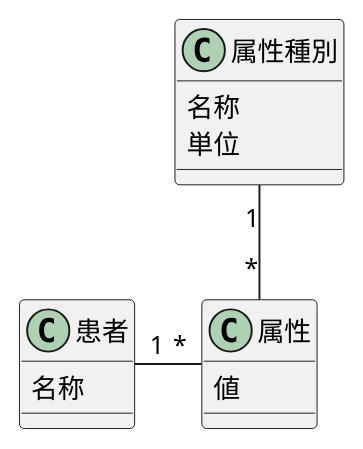
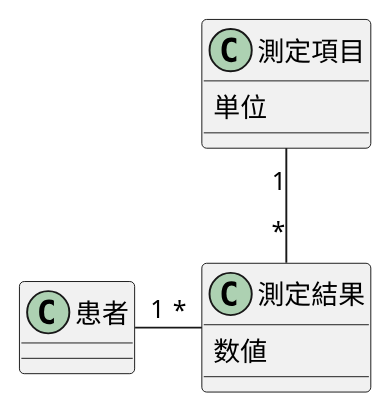
One commit to yinm/uml-modeling-lesson changed the diagram in ch10/excercise/10-1.puml. Above: the diagram before and after it, drawn with PlantUML. The commit also changed 2 other files, not shown here.

```diff
--- a/ch10/excercise/10-1.puml
+++ b/ch10/excercise/10-1.puml
@@ -1,19 +1,16 @@
 @startuml
 
-class 患者 {
-  名称
+class 患者
+
+class 測定結果 {
+  数値
 }
 
-class 属性種別 {
-  名称
+class 測定項目 {
   単位
 }
 
-class 属性 {
-  値
-}
-
-属性種別 "1"--"*" 属性
-患者 "1"-r-"*" 属性
+患者 "1"-r-"*" 測定結果
+測定結果 "*"-u-"1" 測定項目
 
 @enduml
```
